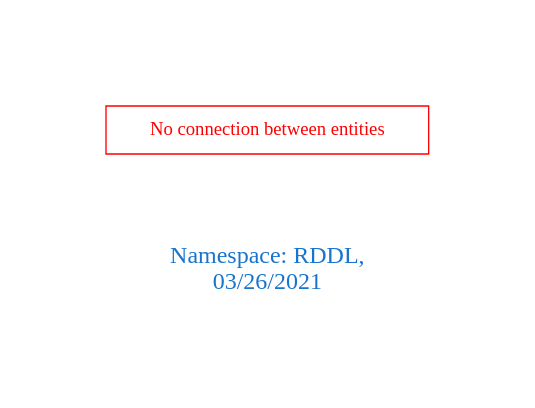
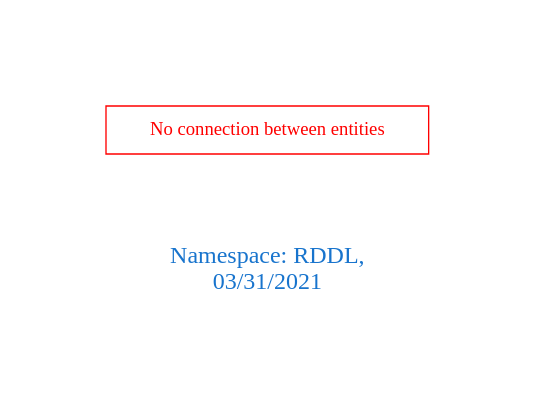
One commit to arago/OGIT changed the diagram in downloads/RDDL.dot. Above: the diagram before and after it, drawn with Graphviz. The commit also changed 1853 other files, not shown here.

```diff
--- a/downloads/RDDL.dot
+++ b/downloads/RDDL.dot
@@ -1,9 +1,9 @@
 digraph OGIT_ontology {
  graph [ rankdir= LR,pad=1 
 fontsize = 18,
-fontcolor= dodgerblue3,label = "\n\n\nNamespace: RDDL, \n 03/26/2021"];
+fontcolor= dodgerblue3,label = "\n\n\nNamespace: RDDL, \n 03/31/2021"];
 node[shape=polygon];
 edge [  color="gray81"];
 
 "No connection between entities" [fontcolor = "red",color="red", shape="polygon"]
 }
```
